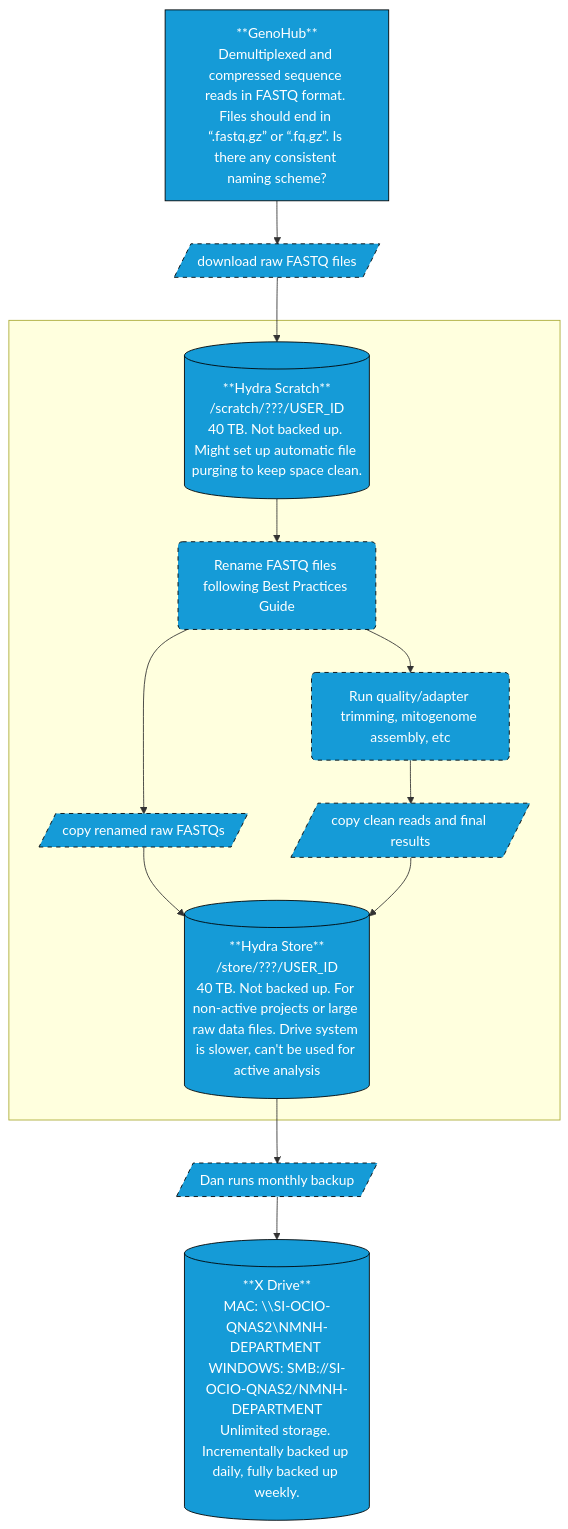
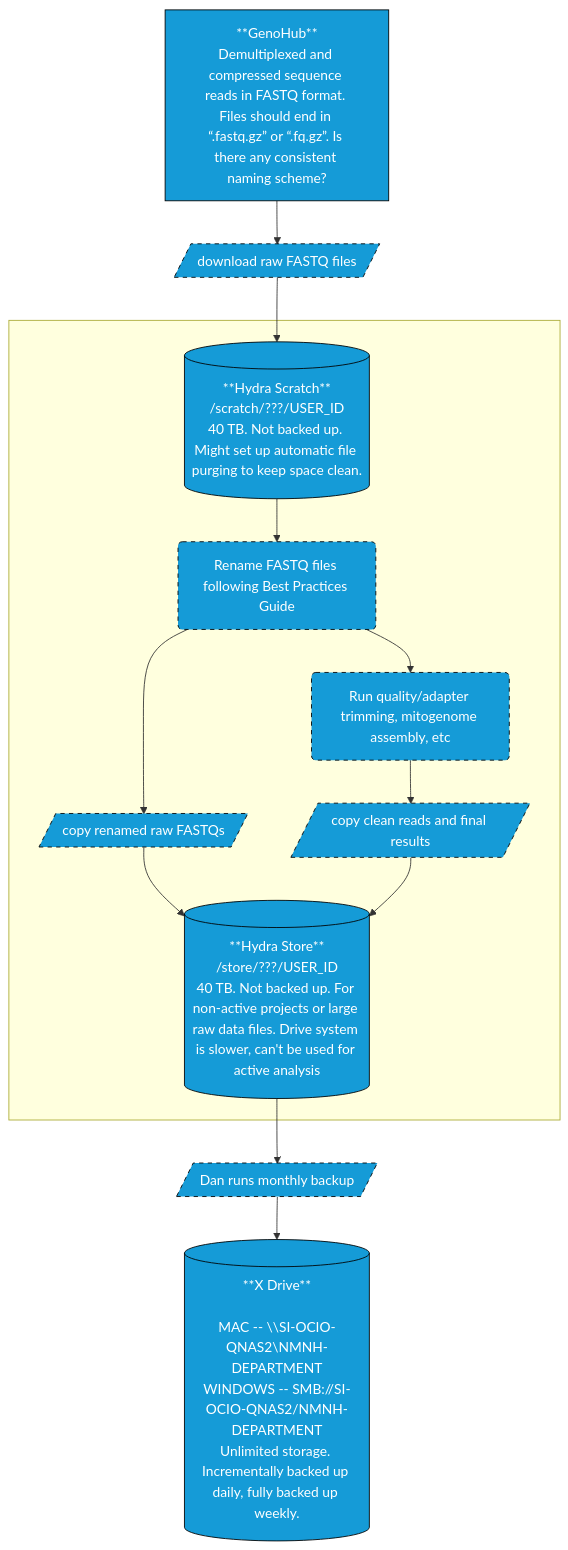
Before and after one commit to Smithsonian/NMNH-Ocean-DNA: the diagram in README.md, drawn with Mermaid.

````diff
--- a/README.md
+++ b/README.md
@@ -16,43 +16,44 @@
 ```mermaid
 graph TD;
 
   GenoHub[**GenoHub**
 Demultiplexed and compressed sequence reads in FASTQ format. Files should end in “.fastq.gz” or “.fq.gz”. Is there any consistent naming scheme?]
   Rename("`Rename FASTQ files following Best Practices Guide`")
   Analyses(Run quality/adapter trimming, mitogenome assembly, etc)
   Scratch[(**Hydra Scratch**
 /scratch/???/USER_ID
 40 TB. Not backed up. Might set up automatic file purging to keep space clean.)]
   Store[(**Hydra Store**
 /store/???/USER_ID
 40 TB. Not backed up. For non-active projects or large raw data files. Drive system is slower, can't be used for active analysis)]
   XDrive[(**X Drive**
-MAC: \\SI-OCIO-QNAS2\NMNH-DEPARTMENT 
-WINDOWS: SMB://SI-OCIO-QNAS2/NMNH-DEPARTMENT
+
+MAC -- &bsol;&bsol;SI-OCIO-QNAS2&bsol;NMNH-DEPARTMENT
+WINDOWS -- SMB://SI-OCIO-QNAS2/NMNH-DEPARTMENT
 Unlimited storage. Incrementally backed up daily, fully backed up weekly.)]
 
   Move1[/download raw FASTQ files/]
   Move2[/copy renamed raw FASTQs/]
   Move3[/copy clean reads and final results/]
   Move4[/Dan runs monthly backup/]
 
   GenoHub-->Move1
   Move1-->Scratch
   subgraph " "
     Scratch-->Rename
     Rename-->Analyses
     Rename-->Move2
     Move2-->Store
     Analyses-->Move3
     Move3-->Store
   end
   Store-->Move4
   Move4-->XDrive
 
   classDef process stroke:black,color:white,fill:#159BD7,stroke-dasharray: 5 5
   classDef storage stroke:black,color:white,fill:#159BD7
   classDef ccr stroke:black,color:white,fill:#159BD7
 
   class Rename,Analyses,Move1,Move2,Move3,Move4 process
   class GenoHub,Scratch,Store,XDrive storage
 ```
````
